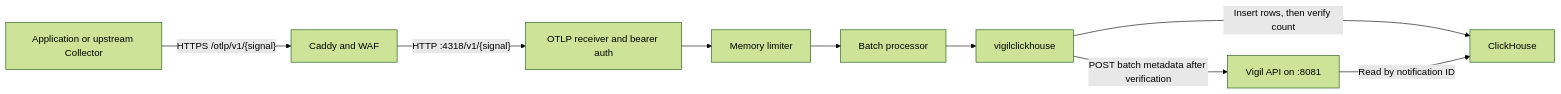
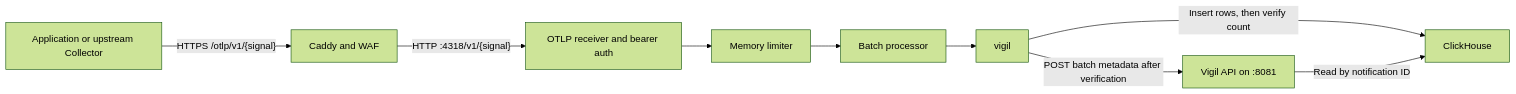
The diagram in services/telemetry-collector/COLLECTOR.md (ELamraniG/vigil), drawn with Mermaid (forest theme) before and after one commit. The commit also changed other lines of this file and 5 other files, not shown here.

Commit message:
Rename Collector exporter type to vigil

````diff
--- a/services/telemetry-collector/COLLECTOR.md
+++ b/services/telemetry-collector/COLLECTOR.md
@@ -45,11 +45,11 @@
 ```mermaid
 flowchart LR
     Producer["Application or upstream Collector"] -->|"HTTPS /otlp/v1/{signal}"| Proxy["Caddy and WAF"]
     Proxy -->|"HTTP :4318/v1/{signal}"| Receiver["OTLP receiver and bearer auth"]
     Receiver --> Limiter["Memory limiter"]
     Limiter --> Batch["Batch processor"]
-    Batch --> Exporter["vigilclickhouse"]
+    Batch --> Exporter["vigil"]
     Exporter -->|"Insert rows, then verify count"| ClickHouse
     Exporter -->|"POST batch metadata after verification"| API["Vigil API on :8081"]
     API -->|"Read by notification ID"| ClickHouse
 ```
````
